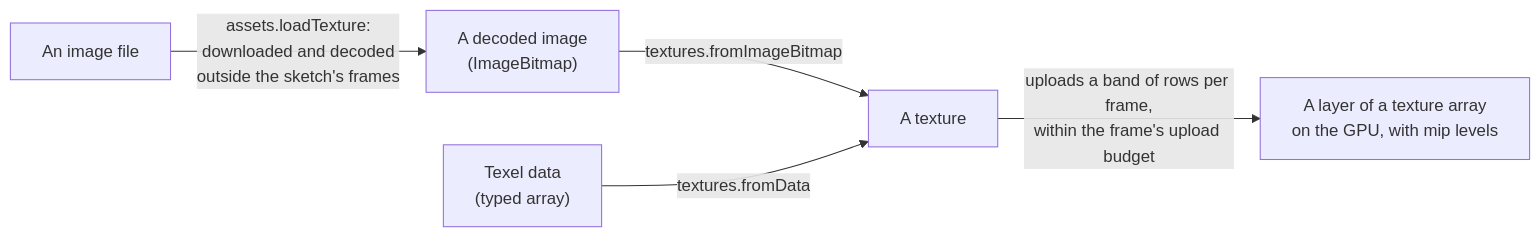
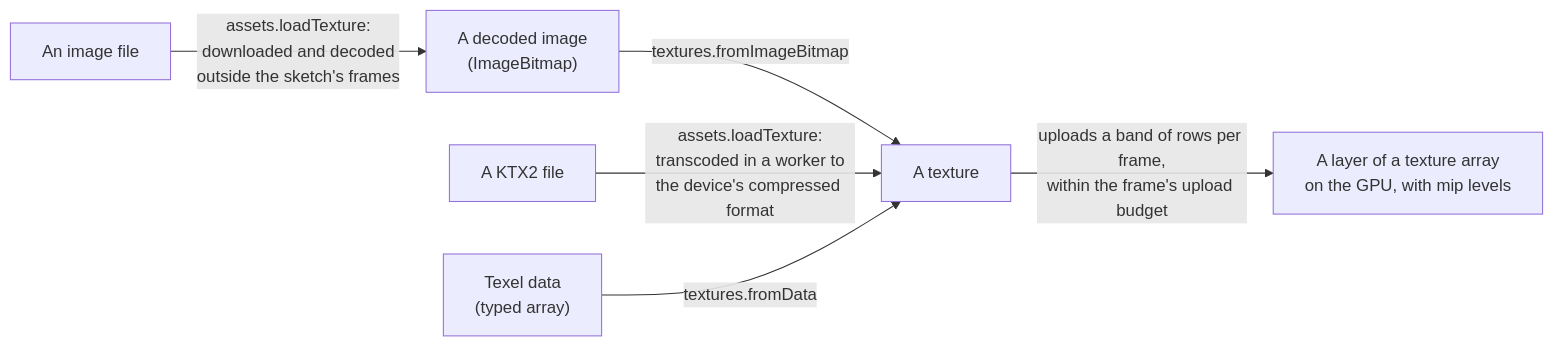
The diagram in docs/api/textures.md (null3d-engine/null3d), drawn with Mermaid before and after one commit. The commit also changed other lines of this file and 85 other files, not shown here.

First line of the commit message:
feat(engine): load KTX2 textures in the compressed format that the device supports (#152)

````diff
--- a/docs/api/textures.md
+++ b/docs/api/textures.md
@@ -13,7 +13,8 @@
 ```mermaid
 flowchart LR
     file["An image file"] -->|"assets.loadTexture:<br/>downloaded and decoded<br/>outside the sketch's frames"| image["A decoded image<br/>(ImageBitmap)"]
     image -->|"textures.fromImageBitmap"| texture["A texture"]
+    ktx2["A KTX2 file"] -->|"assets.loadTexture:<br/>transcoded in a worker to<br/>the device's compressed format"| texture
     data["Texel data<br/>(typed array)"] -->|"textures.fromData"| texture
     texture -->|"uploads a band of rows per frame,<br/>within the frame's upload budget"| layer["A layer of a texture array<br/>on the GPU, with mip levels"]
 ```
````
